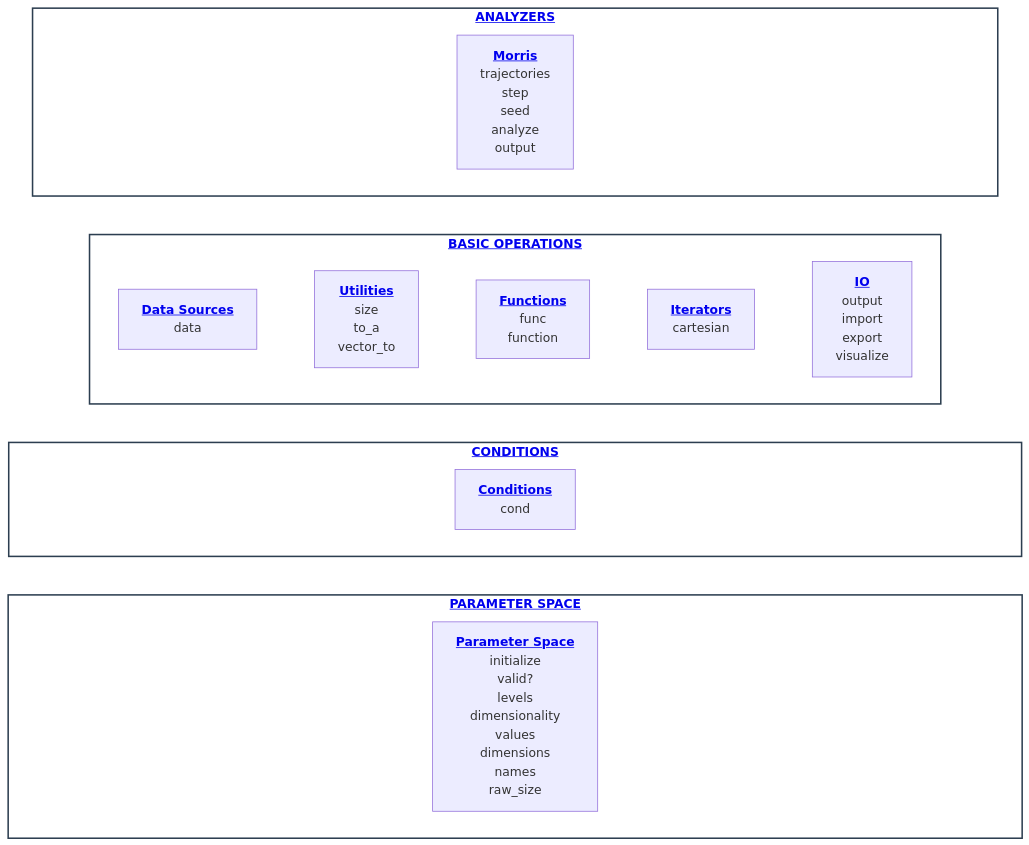
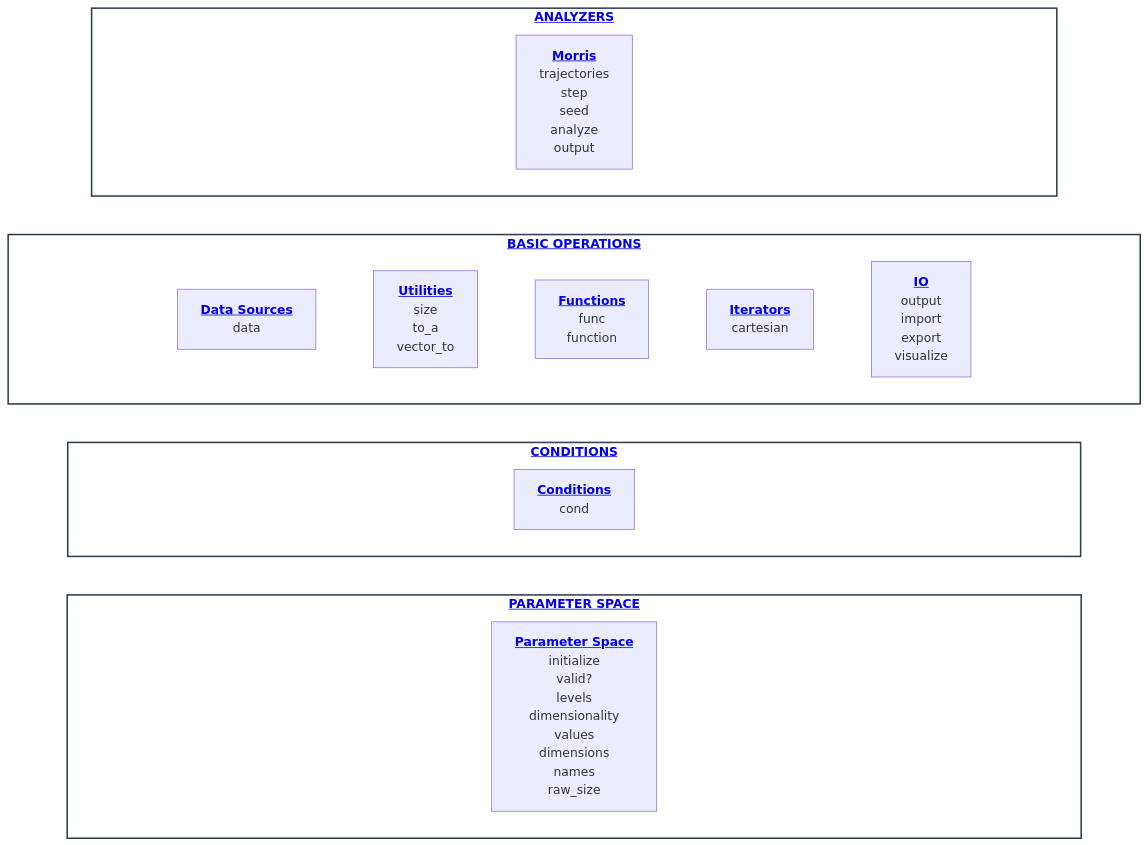
Before and after one commit to Yuri-Rassokhin/flex-cartesian: the diagram in docs/api/api.md, drawn with Mermaid.

Commit message:
updated: README

````diff
--- a/docs/api/api.md
+++ b/docs/api/api.md
@@ -6,31 +6,31 @@
 ```mermaid
 flowchart TB
     classDef layer fill:#ffffff,stroke:#2c3e50,stroke-width:2px;
     classDef ghost fill:transparent,stroke:transparent,color:transparent;
 
     subgraph Analyzers ["<a href='https://github.com/Yuri-Rassokhin/flex-cartesian/blob/main/docs/api/api.md#analyzers'><b>ANALYZERS</b></a>"]
         direction LR
         gA1["xxxxxxxxxxxxxxxxxxxxxxxxxxxxxxxxxxxxxxxx"]:::ghost ~~~ M["<a href='https://github.com/Yuri-Rassokhin/flex-cartesian/blob/main/docs/api/api.md#morris-analyzer'><b>Morris</b></a><br/>trajectories<br/>step<br/>seed<br/>analyze<br/>output"] ~~~ gA2["xxxxxxxxxxxxxxxxxxxxxxxxxxxxxxxxxxxxxxxx"]:::ghost
     end
 
     subgraph Core ["<a href='https://github.com/Yuri-Rassokhin/flex-cartesian/blob/main/docs/api/api.md#basic-operations'><b>BASIC OPERATIONS</b></a>"]
         direction LR
-        DS["<a href='https://github.com/Yuri-Rassokhin/flex-cartesian/blob/main/docs/api/api.md#data-sources'><b>Data Sources</b></a><br/>data"] ~~~ UT["<a href='https://github.com/Yuri-Rassokhin/flex-cartesian/blob/main/docs/api/api.md#utilities'><b>Utilities</b></a><br/>size<br/>to_a<br/>vector_to"] ~~~ FN["<a href='https://github.com/Yuri-Rassokhin/flex-cartesian/blob/main/docs/api/api.md#functions'><b>Functions</b></a><br/>func<br/>function"] ~~~ IT["<a href='https://github.com/Yuri-Rassokhin/flex-cartesian/blob/main/docs/api/api.md#iterators'><b>Iterators</b></a><br/>cartesian"] ~~~ IO["<a href='https://github.com/Yuri-Rassokhin/flex-cartesian/blob/main/docs/api/api.md#io'><b>IO</b></a><br/>output<br/>import<br/>export<br/>visualize"]
+        gD1["xxxxx"]:::ghost ~~~ DS["<a href='https://github.com/Yuri-Rassokhin/flex-cartesian/blob/main/docs/api/api.md#data-sources'><b>Data Sources</b></a><br/>data"] ~~~ UT["<a href='https://github.com/Yuri-Rassokhin/flex-cartesian/blob/main/docs/api/api.md#utilities'><b>Utilities</b></a><br/>size<br/>to_a<br/>vector_to"] ~~~ FN["<a href='https://github.com/Yuri-Rassokhin/flex-cartesian/blob/main/docs/api/api.md#functions'><b>Functions</b></a><br/>func<br/>function"] ~~~ IT["<a href='https://github.com/Yuri-Rassokhin/flex-cartesian/blob/main/docs/api/api.md#iterators'><b>Iterators</b></a><br/>cartesian"] ~~~ IO["<a href='https://github.com/Yuri-Rassokhin/flex-cartesian/blob/main/docs/api/api.md#io'><b>IO</b></a><br/>output<br/>import<br/>export<br/>visualize"] ~~~ gD2["xxxxx"]:::ghost
     end
 
     subgraph Cond ["<a href='https://github.com/Yuri-Rassokhin/flex-cartesian/blob/main/docs/api/api.md#conditions'><b>CONDITIONS</b></a>"]
         direction LR
         gC1["xxxxxxxxxxxxxxxxxxxxxxxxxxxxxxxxxxxxxxxxxxx"]:::ghost ~~~ C["<a href='https://github.com/Yuri-Rassokhin/flex-cartesian/blob/main/docs/api/api.md#conditions'><b>Conditions</b></a><br/>cond"] ~~~ gC2["xxxxxxxxxxxxxxxxxxxxxxxxxxxxxxxxxxxxxxxxxxx"]:::ghost
     end
 
     subgraph Params ["<a href='https://github.com/Yuri-Rassokhin/flex-cartesian/blob/main/docs/api/api.md#parameter-space'><b>PARAMETER SPACE</b></a>"]
         direction LR
         gP1["xxxxxxxxxxxxxxxxxxxxxxxxxxxxxxxxxxxxxxxx"]:::ghost ~~~ PS["<a href='https://github.com/Yuri-Rassokhin/flex-cartesian/blob/main/docs/api/api.md#parameter-space'><b>Parameter Space</b></a><br/>initialize<br/>valid?<br/>levels<br/>dimensionality<br/>values<br/>dimensions<br/>names<br/>raw_size"] ~~~ gP2["xxxxxxxxxxxxxxxxxxxxxxxxxxxxxxxxxxxxxxxx"]:::ghost
     end
 
     Analyzers ~~~ Core
     Core ~~~ Cond
     Cond ~~~ Params
 
     class Analyzers,Core,Cond,Params layer;
 ```
````
